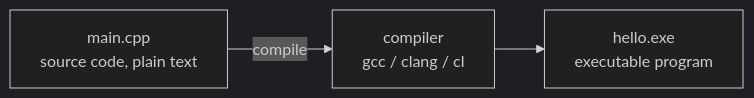
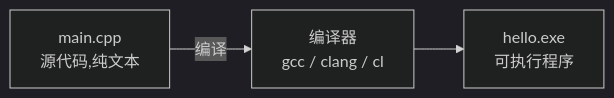
One commit to Awesome-Embedded-Learning-Studio/Tutorial_AwesomeModernCPP changed the second of 2 diagrams in documents/en/getting-started/01-editor-and-compiler.md. Above: the diagram before and after it, drawn with Mermaid (dark theme). The commit also changed other lines of this file and 749 other files, not shown here.

````diff
--- a/documents/en/getting-started/01-editor-and-compiler.md
+++ b/documents/en/getting-started/01-editor-and-compiler.md
@@ -91,5 +91,5 @@
 ```mermaid
 flowchart LR
-    A["main.cpp<br/>source code, plain text"] -->|compile| B["compiler<br/>gcc / clang / cl"]
-    B --> C["hello.exe<br/>executable program"]
+    A["main.cpp<br/>源代码,纯文本"] -->|编译| B["编译器<br/>gcc / clang / cl"]
+    B --> C["hello.exe<br/>可执行程序"]
 ```
````
